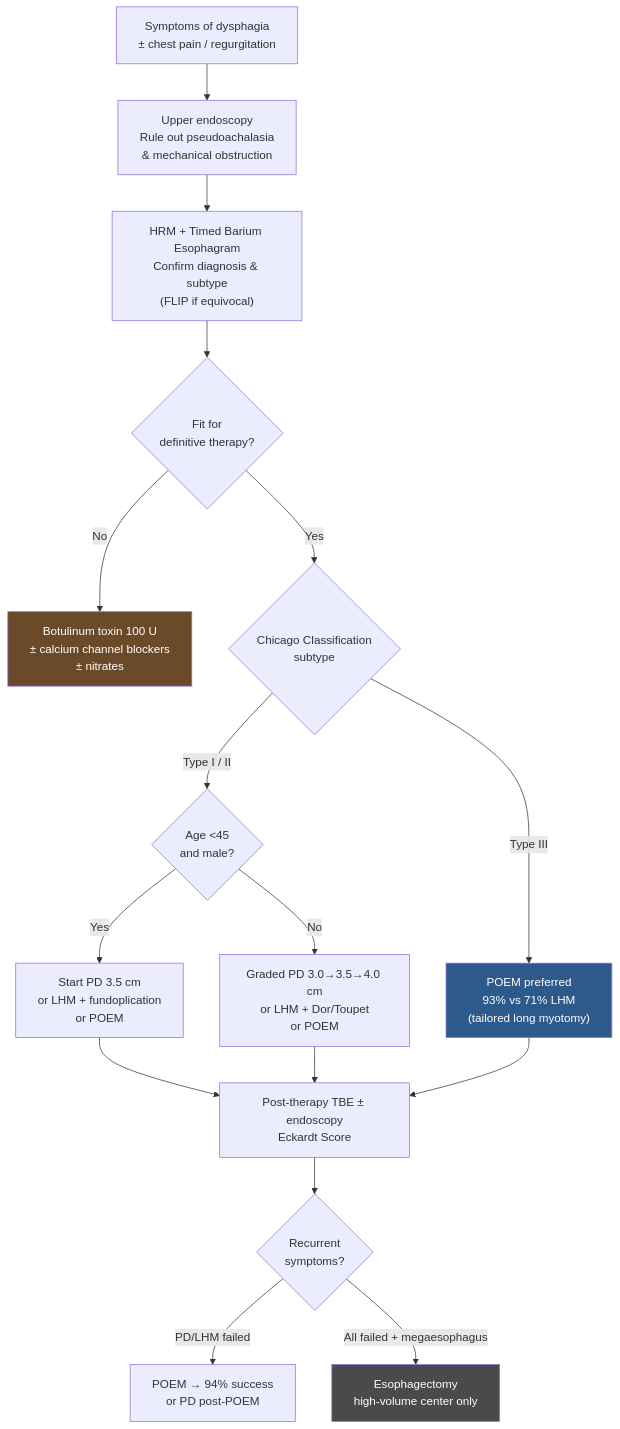
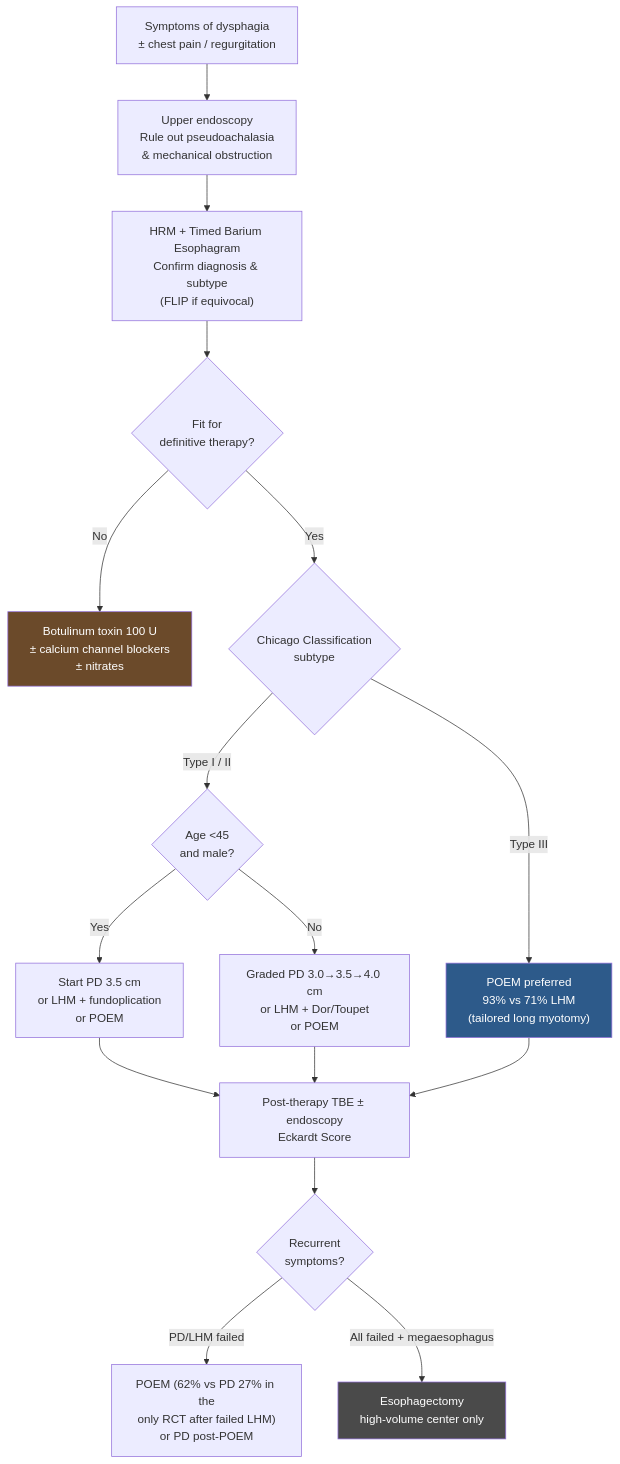
The diagram in KHNL-GI-Wiki/wiki/1-disease-scripts/foregut-and-motility-diseases/esophageal/achalasia.md (KHNickLeMD/KHNL-GI-Wiki), drawn with Mermaid before and after one commit. The commit also changed other lines of this file and 71 other files, not shown here.

````diff
--- a/KHNL-GI-Wiki/wiki/1-disease-scripts/foregut-and-motility-diseases/esophageal/achalasia.md
+++ b/KHNL-GI-Wiki/wiki/1-disease-scripts/foregut-and-motility-diseases/esophageal/achalasia.md
@@ -151,19 +151,19 @@
 ```mermaid
 flowchart TD
     A["Symptoms of dysphagia<br/>± chest pain / regurgitation"] --> B["Upper endoscopy<br/>Rule out pseudoachalasia<br/>& mechanical obstruction"]
     B --> C["HRM + Timed Barium Esophagram<br/>Confirm diagnosis & subtype<br/>(FLIP if equivocal)"]
     C --> D{"Fit for<br/>definitive therapy?"}
     D -->|No| E["Botulinum toxin 100 U<br/>± calcium channel blockers<br/>± nitrates"]
     D -->|Yes| F{"Chicago Classification<br/>subtype"}
     F -->|"Type I / II"| G{"Age <45<br/>and male?"}
     G -->|Yes| H["Start PD 3.5 cm<br/>or LHM + fundoplication<br/>or POEM"]
     G -->|No| I["Graded PD 3.0→3.5→4.0 cm<br/>or LHM + Dor/Toupet<br/>or POEM"]
     F -->|"Type III"| J["POEM preferred<br/>93% vs 71% LHM<br/>(tailored long myotomy)"]
     H & I & J --> K["Post-therapy TBE ± endoscopy<br/>Eckardt Score"]
     K --> L{"Recurrent<br/>symptoms?"}
-    L -->|PD/LHM failed| M["POEM → 94% success<br/>or PD post-POEM"]
+    L -->|PD/LHM failed| M["POEM (62% vs PD 27% in the<br/>only RCT after failed LHM)<br/>or PD post-POEM"]
     L -->|All failed + megaesophagus| N["Esophagectomy<br/>high-volume center only"]
     style J fill:#2d5a8a,color:#fff
     style E fill:#6b4a2a,color:#fff
     style N fill:#4a4a4a,color:#fff
 ```
````
